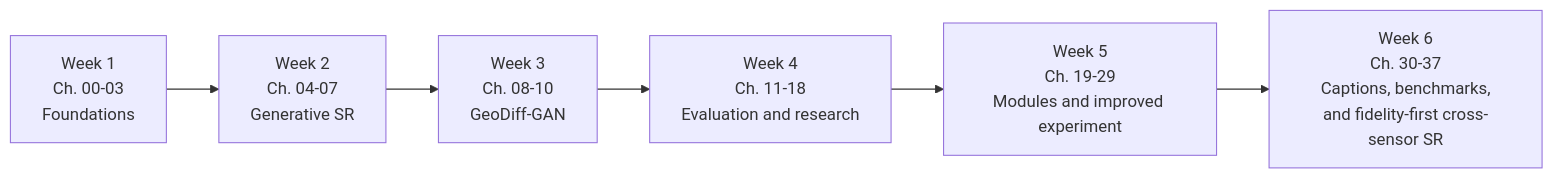
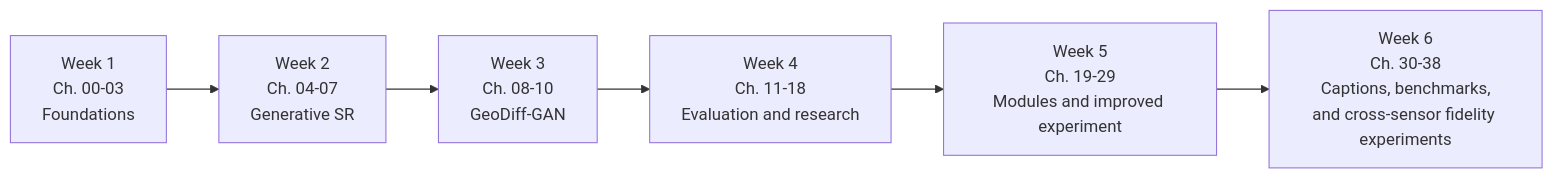
Before and after one commit to shashankjs2002/SI-SR-1: the first of 2 diagrams in learning/README.md, drawn with Mermaid. The commit also changed other lines of this file and 14 other files, not shown here.

````diff
--- a/learning/README.md
+++ b/learning/README.md
@@ -69,9 +70,9 @@
 ```mermaid
 flowchart LR
     A["Week 1<br/>Ch. 00-03<br/>Foundations"] -->
     B["Week 2<br/>Ch. 04-07<br/>Generative SR"] -->
     C["Week 3<br/>Ch. 08-10<br/>GeoDiff-GAN"] -->
     D["Week 4<br/>Ch. 11-18<br/>Evaluation and research"] -->
     E["Week 5<br/>Ch. 19-29<br/>Modules and improved experiment"] -->
-    F["Week 6<br/>Ch. 30-37<br/>Captions, benchmarks,<br/>and fidelity-first cross-sensor SR"]
+    F["Week 6<br/>Ch. 30-38<br/>Captions, benchmarks,<br/>and cross-sensor fidelity experiments"]
 ```
````
